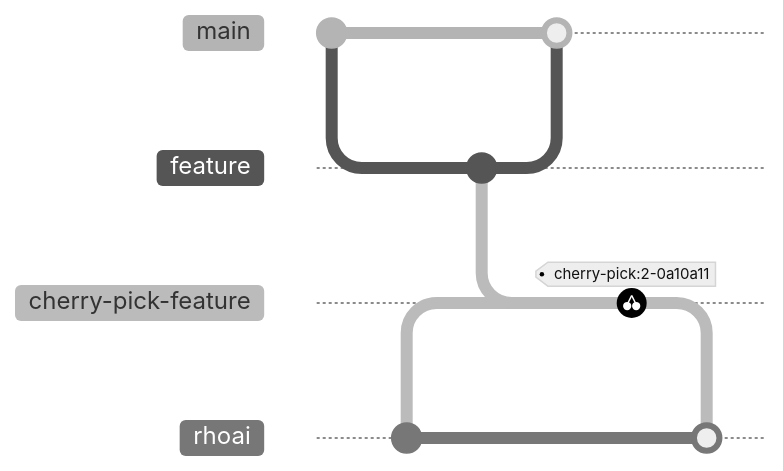
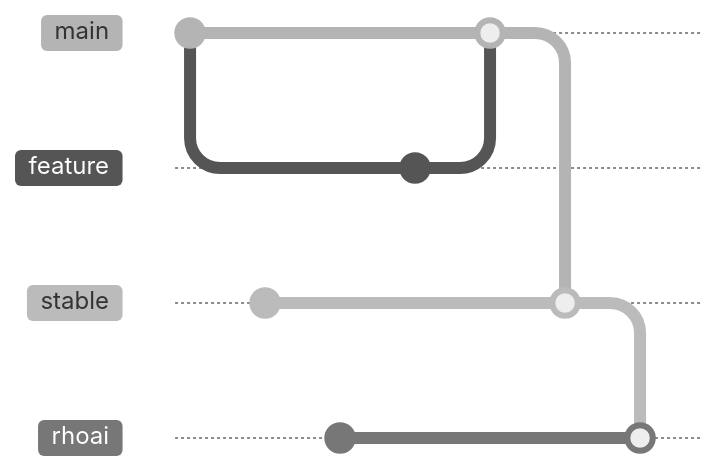
One commit to opendatahub-io/opendatahub-operator changed the first of 2 diagrams in docs/release-workflow-guide.md. Above: the diagram before and after it, drawn with Mermaid (neutral theme). The commit also changed other lines of this file and 3 other files, not shown here. Commit ids are hidden.

First line of the commit message:
Introduce stable branch, relevant automation and docs (#2985)

````diff
--- a/docs/release-workflow-guide.md
+++ b/docs/release-workflow-guide.md
@@ -35,18 +42,20 @@
 ```mermaid
 gitGraph
+    branch stable order: 3
     branch rhoai order: 4
     checkout main
+    commit
+    checkout stable
     commit
     checkout rhoai
     commit
     checkout main
     branch feature
     commit id: "2-0a10a11"
     checkout main
     merge feature
+    checkout stable
+    merge main
     checkout rhoai
-    branch cherry-pick-feature
-    cherry-pick id:"2-0a10a11"
-    checkout rhoai
-    merge cherry-pick-feature
+    merge stable
 ```
````
